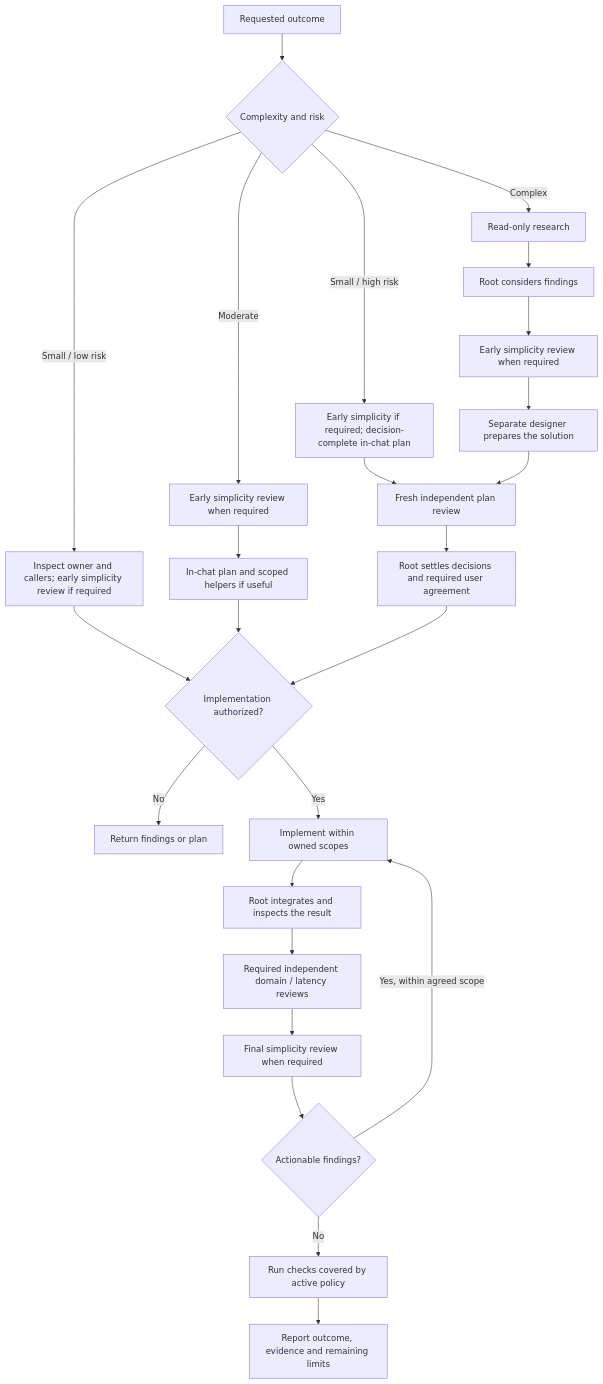
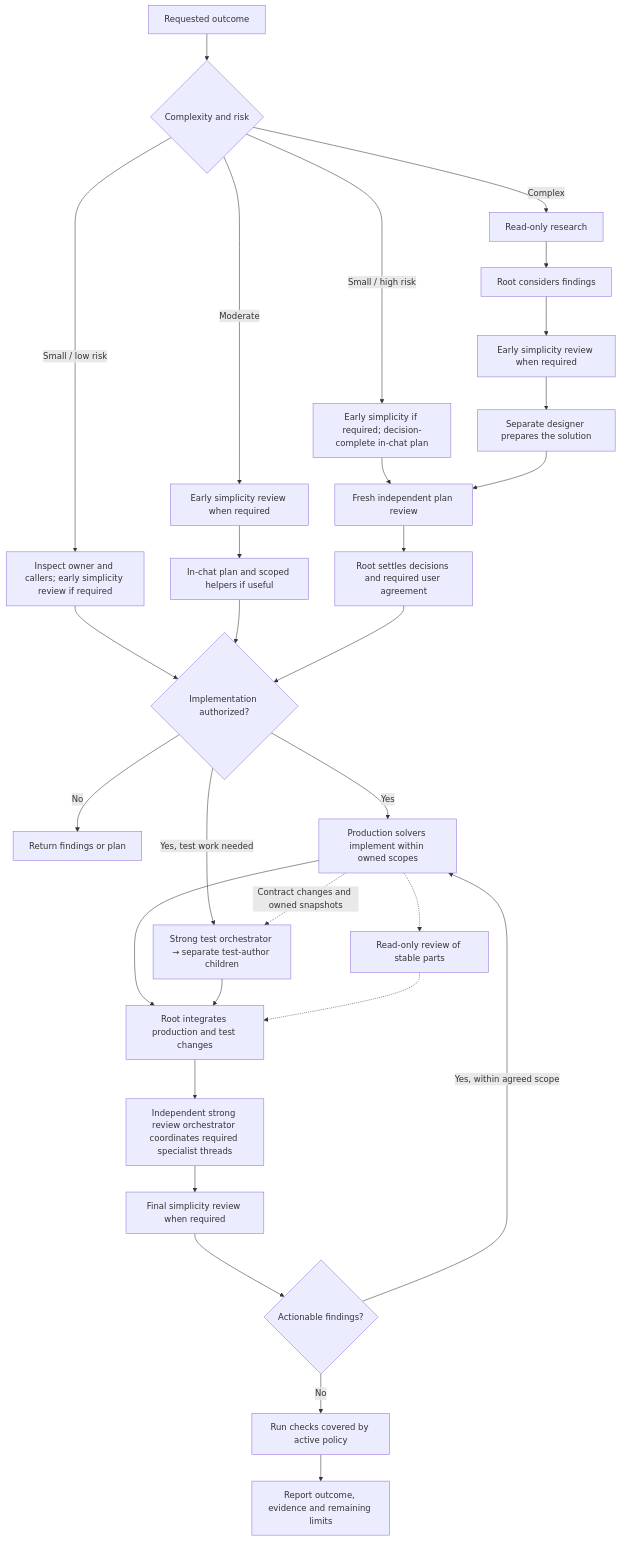
One commit to be0hhh/blazing-market changed the first of 2 diagrams in README.md. Above: the diagram before and after it, drawn with Mermaid. The commit also changed other lines of this file and 3 other files, not shown here.

````diff
--- a/README.md
+++ b/README.md
@@ -94,29 +94,34 @@
 ```mermaid
 flowchart TD
     TASK["Requested outcome"] --> RISK{"Complexity and risk"}
 
     RISK -->|"Small / low risk"| SMALL["Inspect owner and callers; early simplicity review if required"]
     RISK -->|"Moderate"| MEARLY["Early simplicity review when required"]
     MEARLY --> MEDIUM["In-chat plan and scoped helpers if useful"]
     RISK -->|"Small / high risk"| HPLAN["Early simplicity if required; decision-complete in-chat plan"]
     HPLAN --> PLANREVIEW
     RISK -->|"Complex"| RESEARCH["Read-only research"]
     RESEARCH --> ROOT["Root considers findings"]
     ROOT --> HEARLY["Early simplicity review when required"]
     HEARLY --> DESIGN["Separate designer prepares the solution"]
     DESIGN --> PLANREVIEW["Fresh independent plan review"]
     PLANREVIEW --> AGREE["Root settles decisions and required user agreement"]
 
     SMALL --> AUTH{"Implementation authorized?"}
     MEDIUM --> AUTH
     AGREE --> AUTH
     AUTH -->|"No"| PROPOSAL["Return findings or plan"]
-    AUTH -->|"Yes"| IMPLEMENT["Implement within owned scopes"]
-    IMPLEMENT --> INTEGRATE["Root integrates and inspects the result"]
-    INTEGRATE --> REVIEW["Required independent domain / latency reviews"]
+    AUTH -->|"Yes"| IMPLEMENT["Production solvers implement within owned scopes"]
+    AUTH -->|"Yes, test work needed"| TEST["Strong test orchestrator → separate test-author children"]
+    IMPLEMENT -.->|"Contract changes and owned snapshots"| TEST
+    IMPLEMENT --> INTEGRATE["Root integrates production and test changes"]
+    TEST --> INTEGRATE
+    IMPLEMENT -.-> EARLYREVIEW["Read-only review of stable parts"]
+    EARLYREVIEW -.-> INTEGRATE
+    INTEGRATE --> REVIEW["Independent strong review orchestrator coordinates required specialist threads"]
     REVIEW --> FINAL["Final simplicity review when required"]
     FINAL --> FINDINGS{"Actionable findings?"}
     FINDINGS -->|"Yes, within agreed scope"| IMPLEMENT
     FINDINGS -->|"No"| CHECK["Run checks covered by active policy"]
     CHECK --> REPORT["Report outcome, evidence and remaining limits"]
 ```
````
